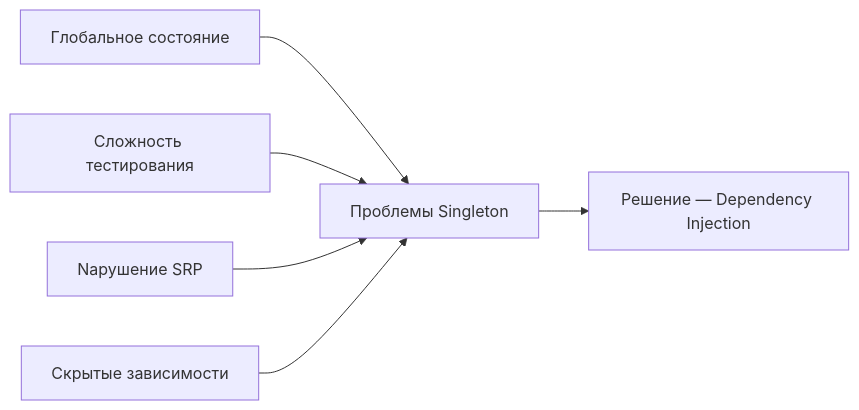
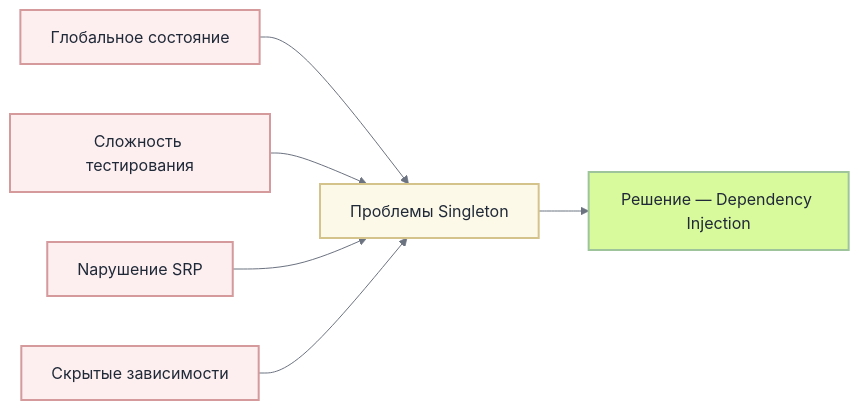
Before and after one commit to MishaSytch/middle_java_back: the sixth of 16 diagrams in docs/interview/design-patterns.md, drawn with Mermaid. The commit also changed other lines of this file and 15 other files, not shown here.

````diff
--- a/docs/interview/design-patterns.md
+++ b/docs/interview/design-patterns.md
@@ -124,8 +197,19 @@
 ```mermaid
+%%{init: { 'theme': 'neutral', 'themeVariables': { 'primaryColor': '#ffffff', 'primaryTextColor': '#1f2937', 'lineColor': '#6b7280', 'primaryBorderColor': '#d1d5db', 'secondaryColor': '#f3f4f6', 'tertiaryColor': '#e5e7eb' } } }%%
 flowchart LR
     G[Глобальное состояние] --> P[Проблемы Singleton]
     T[Сложность тестирования] --> P
     S[Nарушение SRP] --> P
     D[Скрытые зависимости] --> P
     P --> R[Решение — Dependency Injection]
+    classDef n0 fill:#fdeef0,stroke:#d49a9c,stroke-width:2px,color:#1f2937
+    classDef n1 fill:#fdf9e8,stroke:#d4c38a,stroke-width:2px,color:#1f2937
+    classDef n2 fill:#f6eefa,stroke:#bb9ed4,stroke-width:2px,color:#1f2937
+    classDef n3 fill:#d9f99d,stroke:#9dc49a,stroke-width:2px,color:#1f2937
+    class G n0
+    class T n0
+    class S n0
+    class D n0
+    class P n1
+    class R n3
 ```
````
